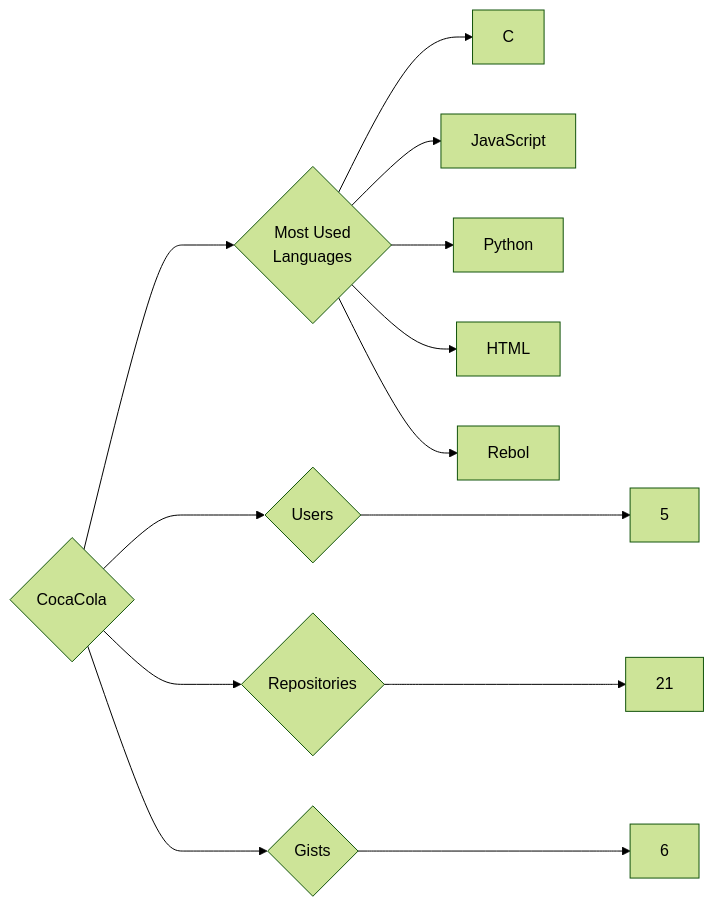
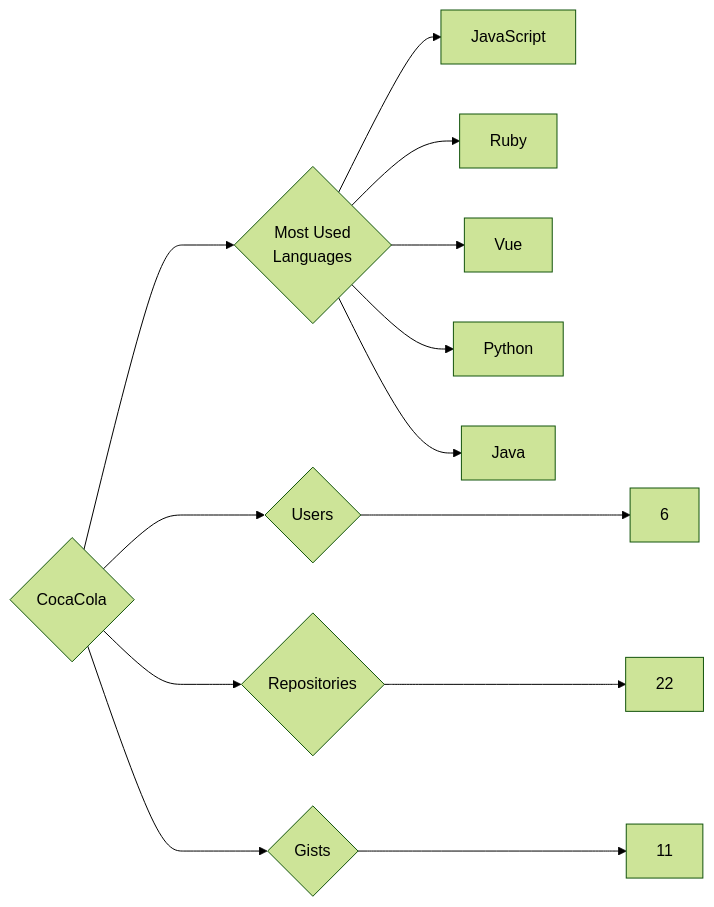
One commit to trickest/insiders changed the diagram in targets/CocaCola/README.md. Above: the diagram before and after it, drawn with Mermaid (forest theme). The commit also changed 1149 other files, not shown here.

````diff
--- a/targets/CocaCola/README.md
+++ b/targets/CocaCola/README.md
@@ -3,13 +3,13 @@
 ```mermaid
 graph LR
 COMPANY_NAME{CocaCola}
-COMPANY_NAME ---> U{Users} ---> UN[5]
-COMPANY_NAME ---> R{Repositories} ---> RN[21]
-COMPANY_NAME ---> G{Gists} ---> GN[6]
+COMPANY_NAME ---> U{Users} ---> UN[6]
+COMPANY_NAME ---> R{Repositories} ---> RN[22]
+COMPANY_NAME ---> G{Gists} ---> GN[11]
 COMPANY_NAME ---> ML{Most Used<br>Languages}
-ML --> C[C]
 ML --> JavaScript[JavaScript]
+ML --> Ruby[Ruby]
+ML --> Vue[Vue]
 ML --> Python[Python]
-ML --> HTML[HTML]
-ML --> Rebol[Rebol]
+ML --> Java[Java]
 ```
````
